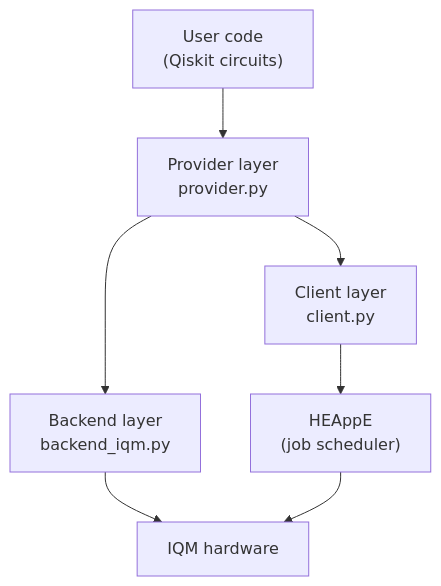
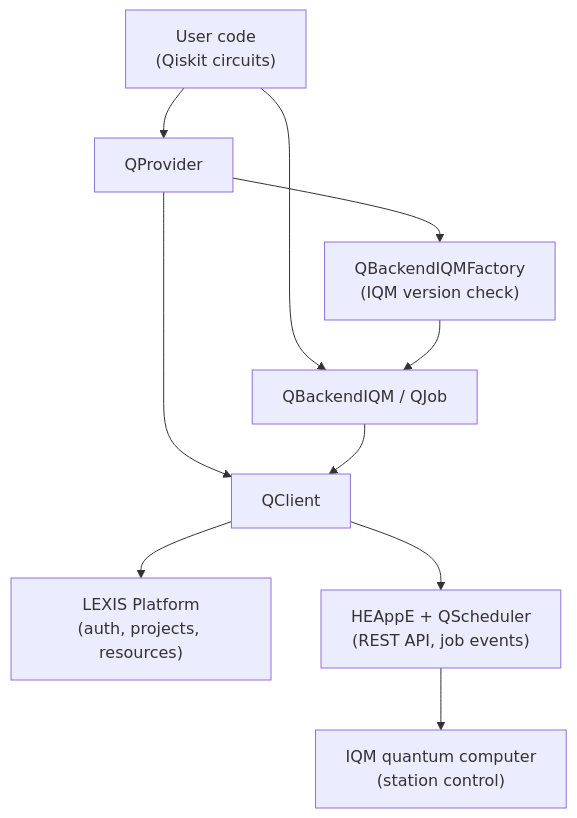
The diagram in docs/architecture.md (It4innovations/quantum-as-a-service), drawn with Mermaid before and after one commit. The commit also changed other lines of this file and 6 other files, not shown here.

````diff
--- a/docs/architecture.md
+++ b/docs/architecture.md
@@ -11,16 +12,21 @@
 ```mermaid
 graph TD
-    User["User code\n(Qiskit circuits)"]
-    P["Provider layer\nprovider.py"]
-    C["Client layer\nclient.py"]
-    B["Backend layer\nbackend_iqm.py"]
-    HEAppE["HEAppE\n(job scheduler)"]
-    IQM["IQM hardware"]
+    User["User code<br/>(Qiskit circuits)"]
+    P["QProvider"]
+    B["QBackendIQM / QJob"]
+    F["QBackendIQMFactory<br/>(IQM version check)"]
+    C["QClient"]
+    LEXIS["LEXIS Platform<br/>(auth, projects, resources)"]
+    HEAppE["HEAppE + QScheduler<br/>(REST API, job events)"]
+    IQM["IQM quantum computer<br/>(station control)"]
 
     User --> P
+    User --> B
+    P --> F
+    F --> B
     P --> C
-    P --> B
+    B --> C
+    C --> LEXIS
     C --> HEAppE
-    B --> IQM
     HEAppE --> IQM
 ```
````
